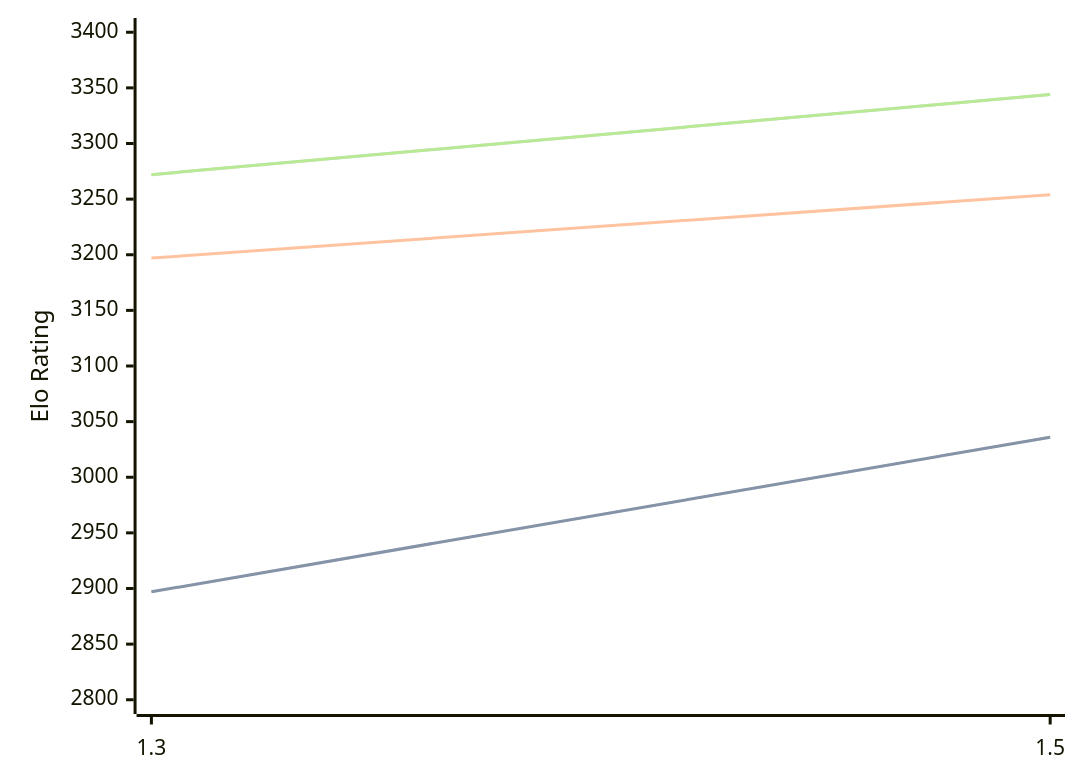
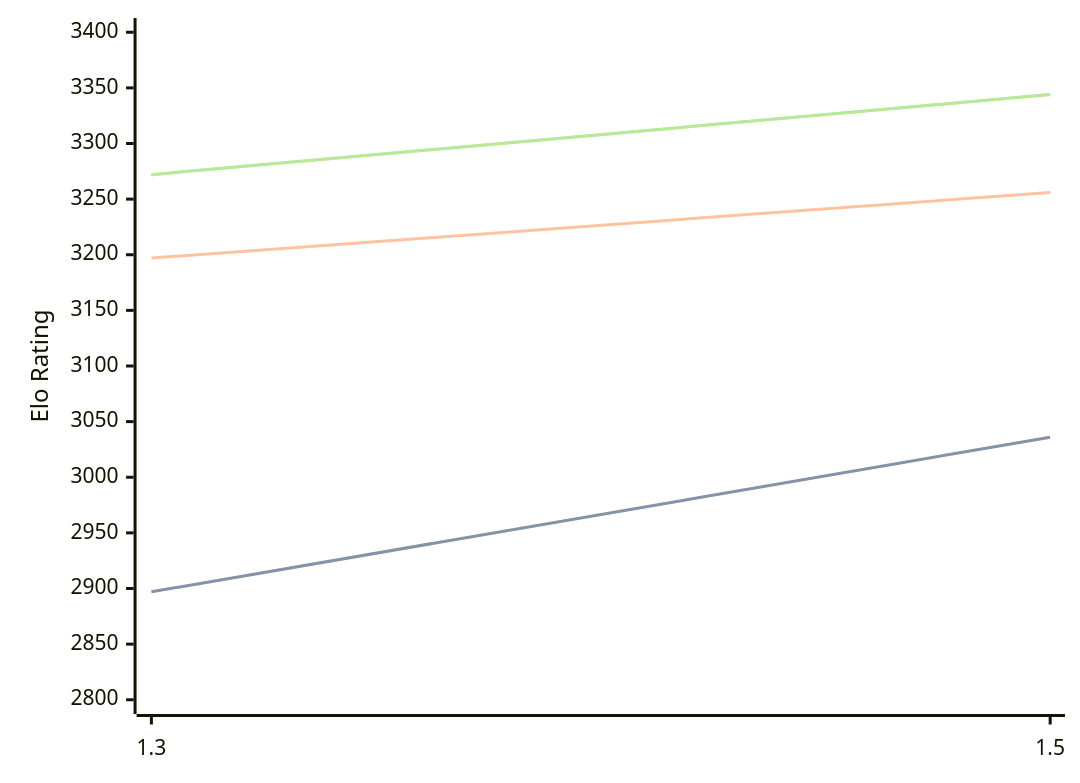
One commit to computer-chess-index/cci changed the first of 3 diagrams in engines/Lambergar.md. Above: the diagram before and after it, drawn with Mermaid. The commit also changed other lines of this file, not shown here.

````diff
--- a/engines/Lambergar.md
+++ b/engines/Lambergar.md
@@ -44,11 +44,11 @@
 ```mermaid
 %%{init: {"theme":"base","themeVariables":{"seriesColors:['#a3a3a3','#222221','#faa371']}}}%%
 xychart-beta
   x-axis ["1.3", "1.5"]
   y-axis "Elo Rating" 2800 --> 3400
   line "STC (8.0+0.08s)" [2897, 3036]
   line "STC (8.0+0.08s)" [2897, 3036]
-  line "LTC (60.0+0.60s)" [3197, 3254]
+  line "LTC (60.0+0.60s)" [3197, 3256]
   line "VLTC (2m24s+1.12s)" [3272, 3344]
   line "VLTC (2m24s+1.12s)" [3272, 3344]
 ```
````
